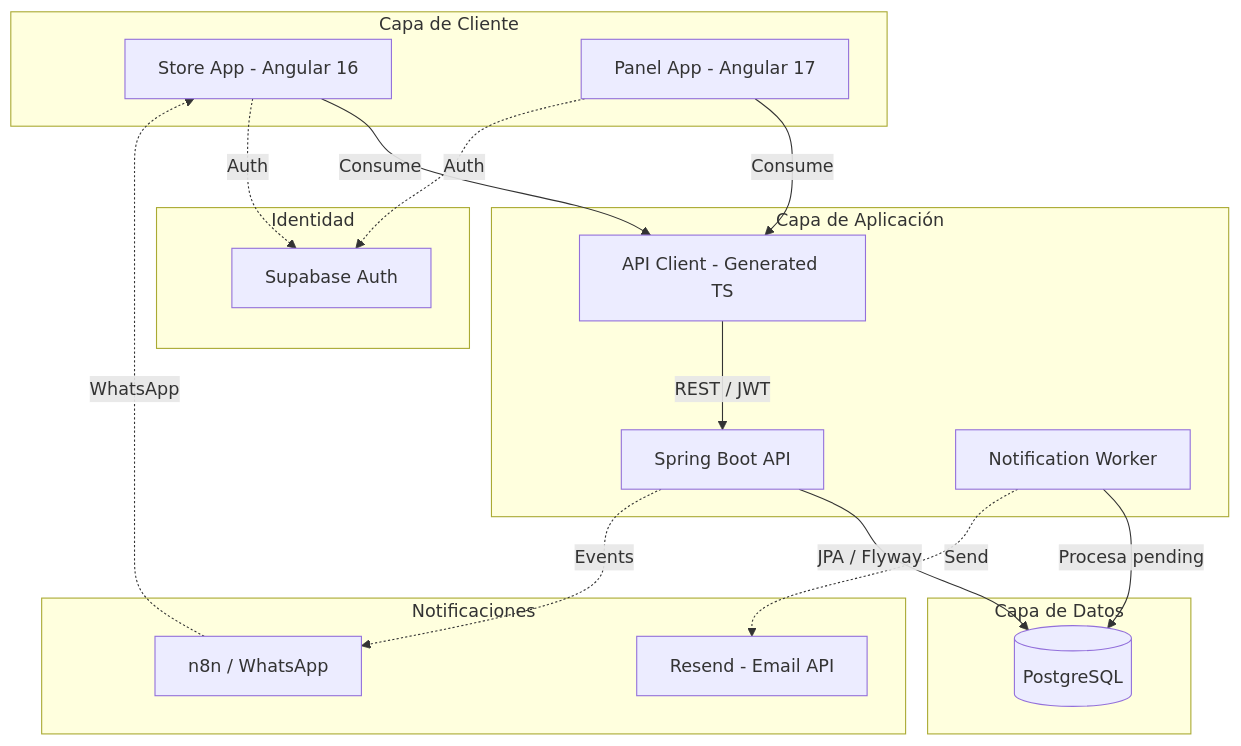
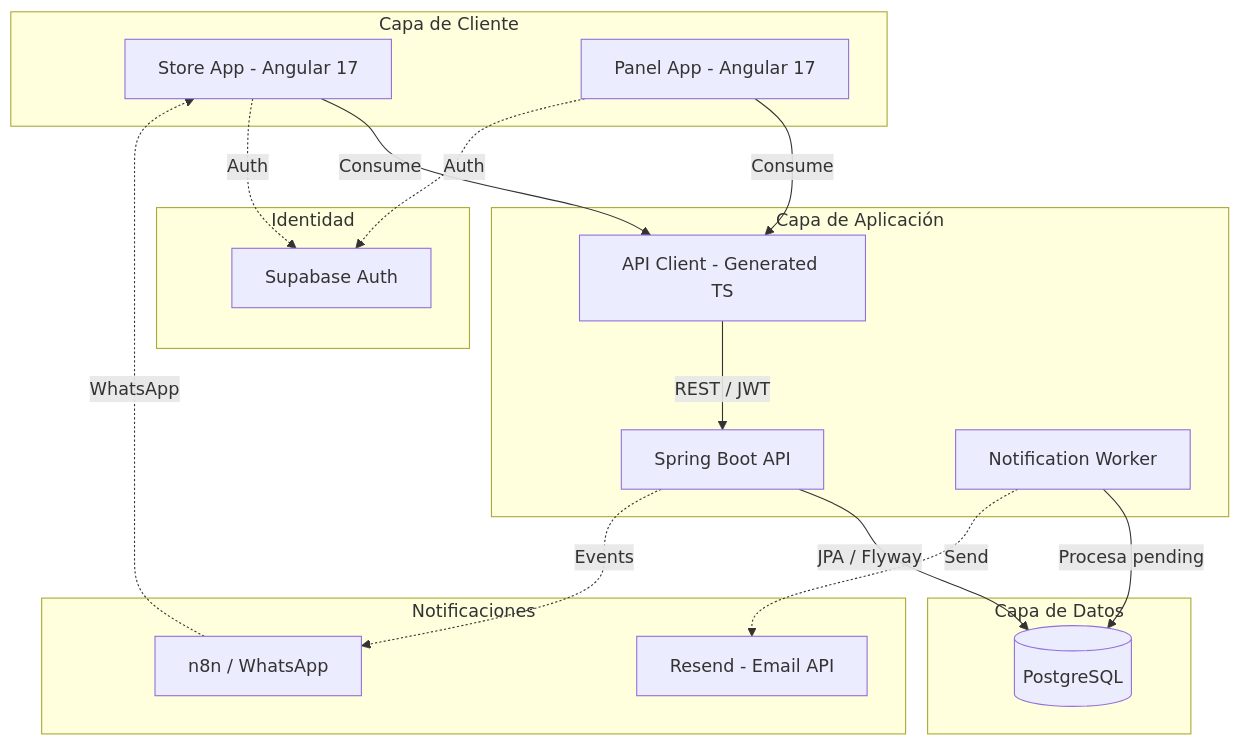
One commit to alexanderCanon/neversion changed the diagram in docs/diagrams/architecture.md. Above: the diagram before and after it, drawn with Mermaid. The commit also changed 16 other files, not shown here.

````diff
--- a/docs/diagrams/architecture.md
+++ b/docs/diagrams/architecture.md
@@ -5,40 +5,40 @@
 ```mermaid
 graph TD
     subgraph Client_Layer [Capa de Cliente]
-        Store[Store App - Angular 16]
+        Store[Store App - Angular 17]
         Panel[Panel App - Angular 17]
     end
 
     subgraph Auth_Service [Identidad]
         Supabase[Supabase Auth]
     end
 
     subgraph Backend_Layer [Capa de Aplicación]
         API[Spring Boot API]
         Client_Lib[API Client - Generated TS]
         Worker[Notification Worker]
     end
 
     subgraph Persistence_Layer [Capa de Datos]
         DB[(PostgreSQL)]
     end
 
     subgraph Notifications [Notificaciones]
         Resend[Resend - Email API]
         n8n[n8n / WhatsApp]
     end
 
     Store -->|Consume| Client_Lib
     Panel -->|Consume| Client_Lib
     Client_Lib -->|REST / JWT| API
     
     API -->|JPA / Flyway| DB
     Worker -->|Procesa pending| DB
     
     Store -.->|Auth| Supabase
     Panel -.->|Auth| Supabase
     
     Worker -.->|Send| Resend
     API -.->|Events| n8n
     n8n -.->|WhatsApp| Store
 ```
````
